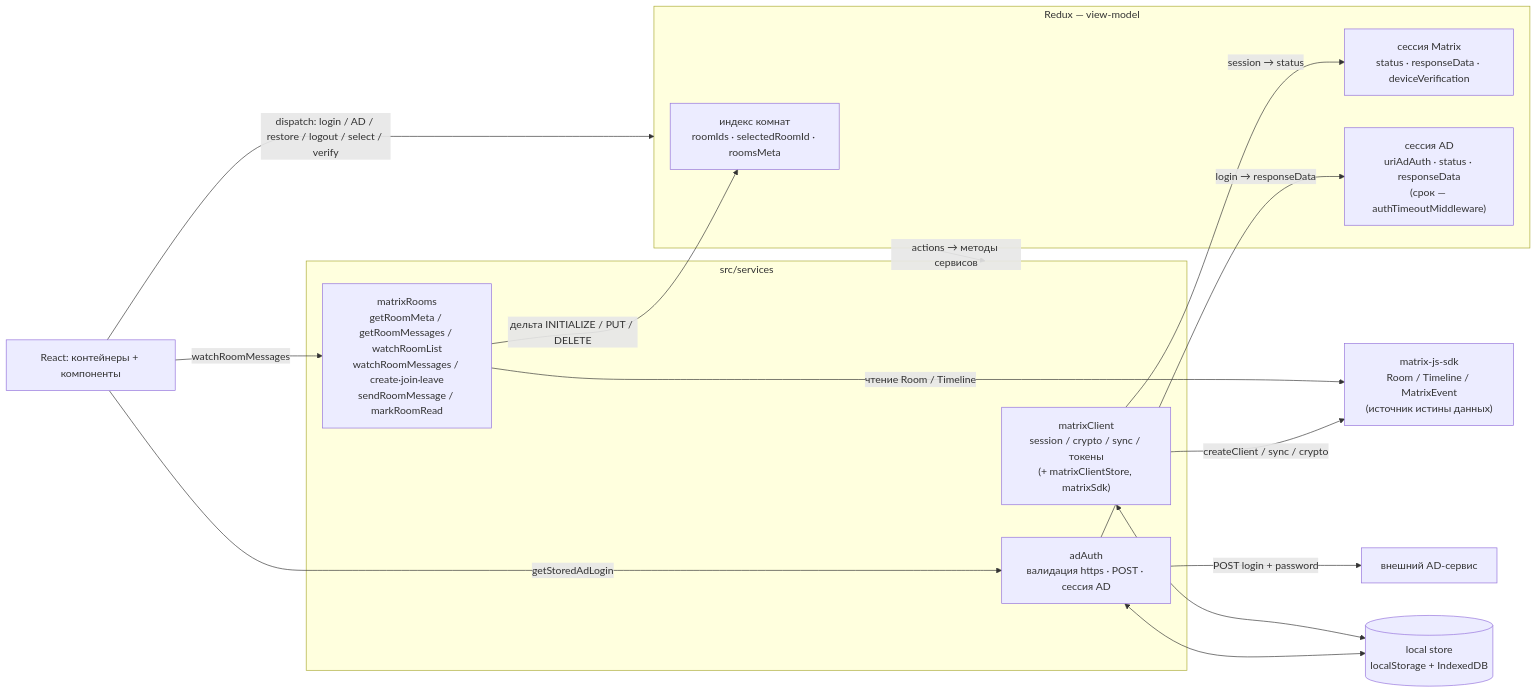
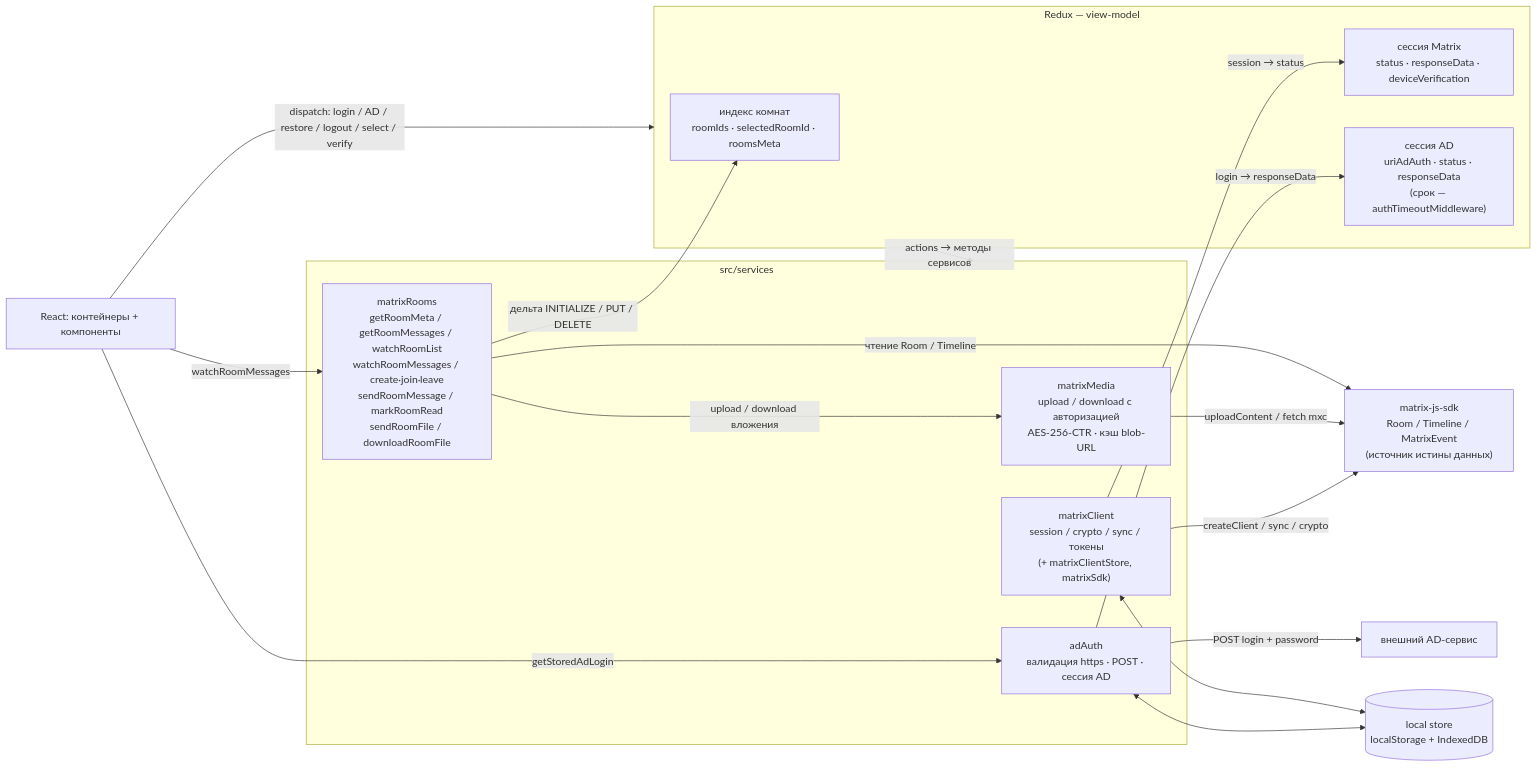
Before and after one commit to ars-anosov/matrix-react: the first of 4 diagrams in docs/STATE.md, drawn with Mermaid. The commit also changed other lines of this file and 16 other files, not shown here.

````diff
--- a/docs/STATE.md
+++ b/docs/STATE.md
@@ -7,33 +7,36 @@
 ```mermaid
 flowchart LR
   UI["React: контейнеры + компоненты"]
 
   subgraph Redux["Redux — view-model"]
     IDX["индекс комнат<br/>roomIds · selectedRoomId · roomsMeta"]
     SES["сессия Matrix<br/>status · responseData · deviceVerification"]
     AD["сессия AD<br/>uriAdAuth · status · responseData<br/>(срок — authTimeoutMiddleware)"]
   end
 
   subgraph SVC["src/services"]
     CL["matrixClient<br/>session / crypto / sync / токены<br/>(+ matrixClientStore, matrixSdk)"]
-    ROOMS["matrixRooms<br/>getRoomMeta / getRoomMessages / watchRoomList<br/>watchRoomMessages / create·join·leave<br/>sendRoomMessage / markRoomRead"]
+    ROOMS["matrixRooms<br/>getRoomMeta / getRoomMessages / watchRoomList<br/>watchRoomMessages / create·join·leave<br/>sendRoomMessage / markRoomRead<br/>sendRoomFile / downloadRoomFile"]
+    MEDIA["matrixMedia<br/>upload / download с авторизацией<br/>AES-256-CTR · кэш blob-URL"]
     ADSV["adAuth<br/>валидация https · POST · сессия AD"]
   end
 
   SDK["matrix-js-sdk<br/>Room / Timeline / MatrixEvent<br/>(источник истины данных)"]
   ADAPI["внешний AD-сервис"]
   Store[("local store<br/>localStorage + IndexedDB")]
 
   UI -->|"dispatch: login / AD / restore / logout / select / verify"| Redux
   Redux -->|"actions → методы сервисов"| SVC
   ROOMS -->|"дельта INITIALIZE / PUT / DELETE"| IDX
   CL -->|"session → status"| SES
   ADSV -->|"login → responseData"| AD
   UI -->|"watchRoomMessages"| ROOMS
   UI -->|"getStoredAdLogin"| ADSV
   CL <--> Store
   ADSV <--> Store
   ROOMS -->|"чтение Room / Timeline"| SDK
+  ROOMS -->|"upload / download вложения"| MEDIA
+  MEDIA -->|"uploadContent / fetch mxc"| SDK
   CL -->|"createClient / sync / crypto"| SDK
   ADSV -->|"POST login + password"| ADAPI
 ```
````
